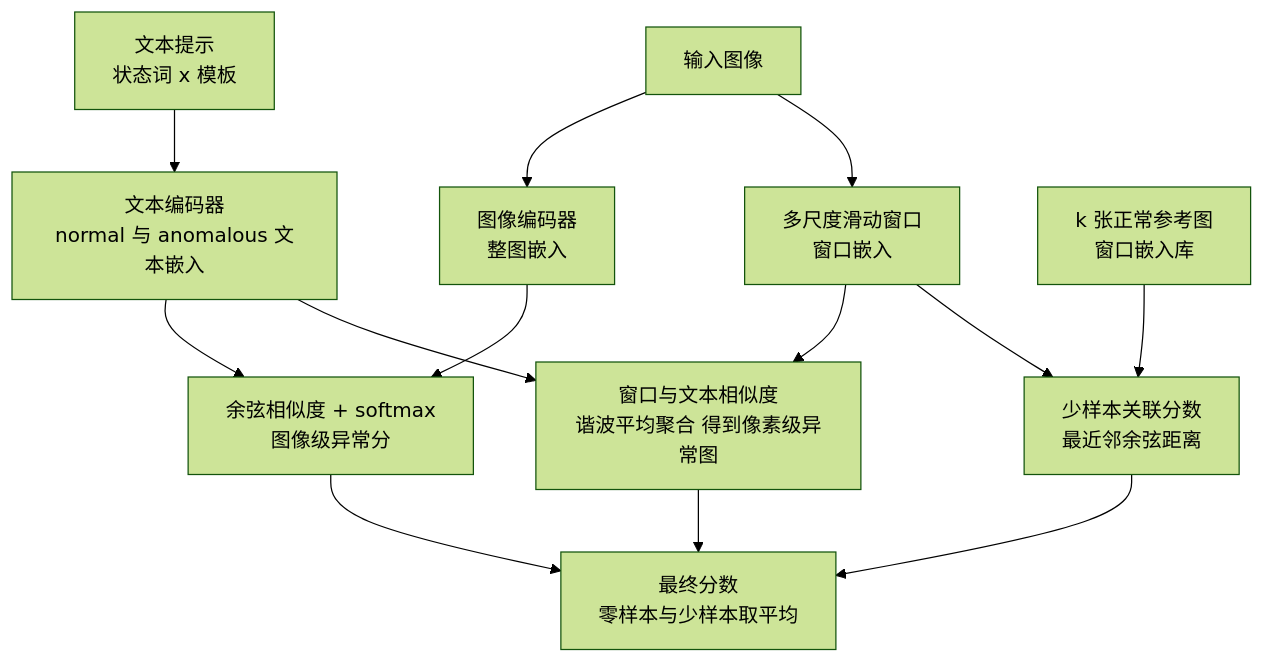
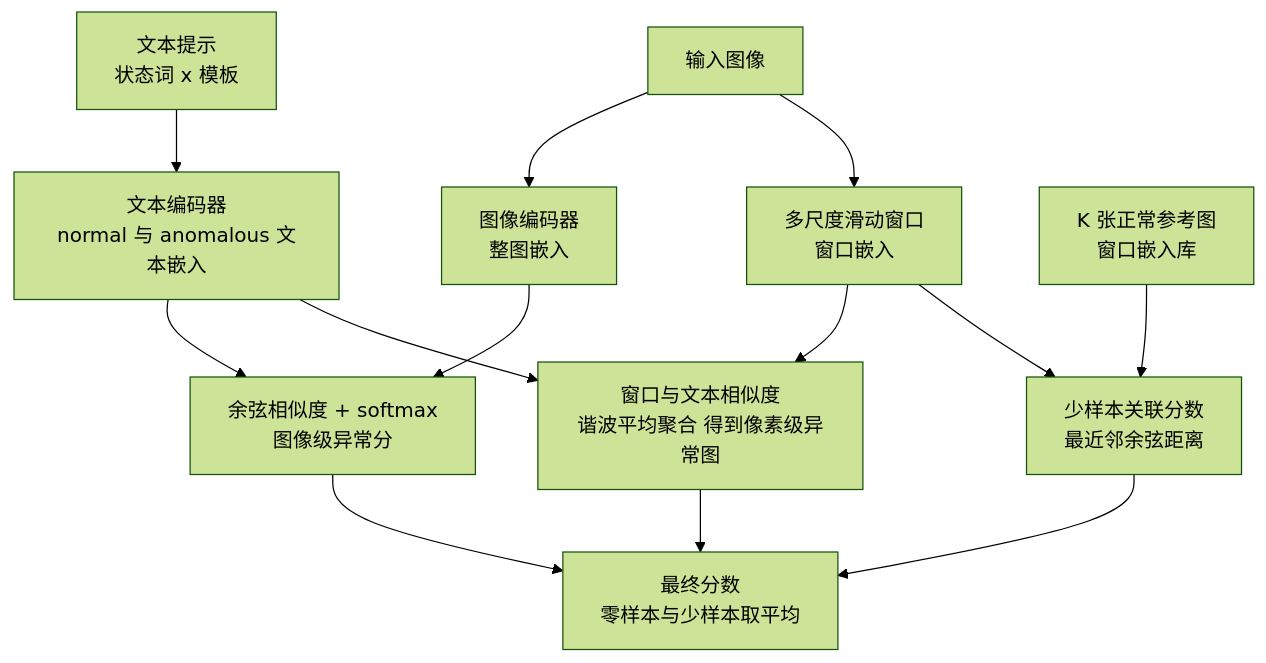
Before and after one commit to junxnone/aiwiki: the diagram in docs/0468_paper_WinCLIP.md, drawn with Mermaid (forest theme). The commit also changed other lines of this file and 1 other file, not shown here.

````diff
--- a/docs/0468_paper_WinCLIP.md
+++ b/docs/0468_paper_WinCLIP.md
@@ -77,15 +83,15 @@
 ```mermaid
 graph TD
     P["文本提示<br/>状态词 x 模板"] --> TE["文本编码器<br/>normal 与 anomalous 文本嵌入"]
     I["输入图像"] --> IE["图像编码器<br/>整图嵌入"]
     I --> W["多尺度滑动窗口<br/>窗口嵌入"]
     TE --> S1["余弦相似度 + softmax<br/>图像级异常分"]
     IE --> S1
     TE --> S2["窗口与文本相似度<br/>谐波平均聚合 得到像素级异常图"]
     W --> S2
-    R["k 张正常参考图<br/>窗口嵌入库"] --> S3["少样本关联分数<br/>最近邻余弦距离"]
+    R["K 张正常参考图<br/>窗口嵌入库"] --> S3["少样本关联分数<br/>最近邻余弦距离"]
     W --> S3
     S1 --> F["最终分数<br/>零样本与少样本取平均"]
     S2 --> F
     S3 --> F
 ```
````
